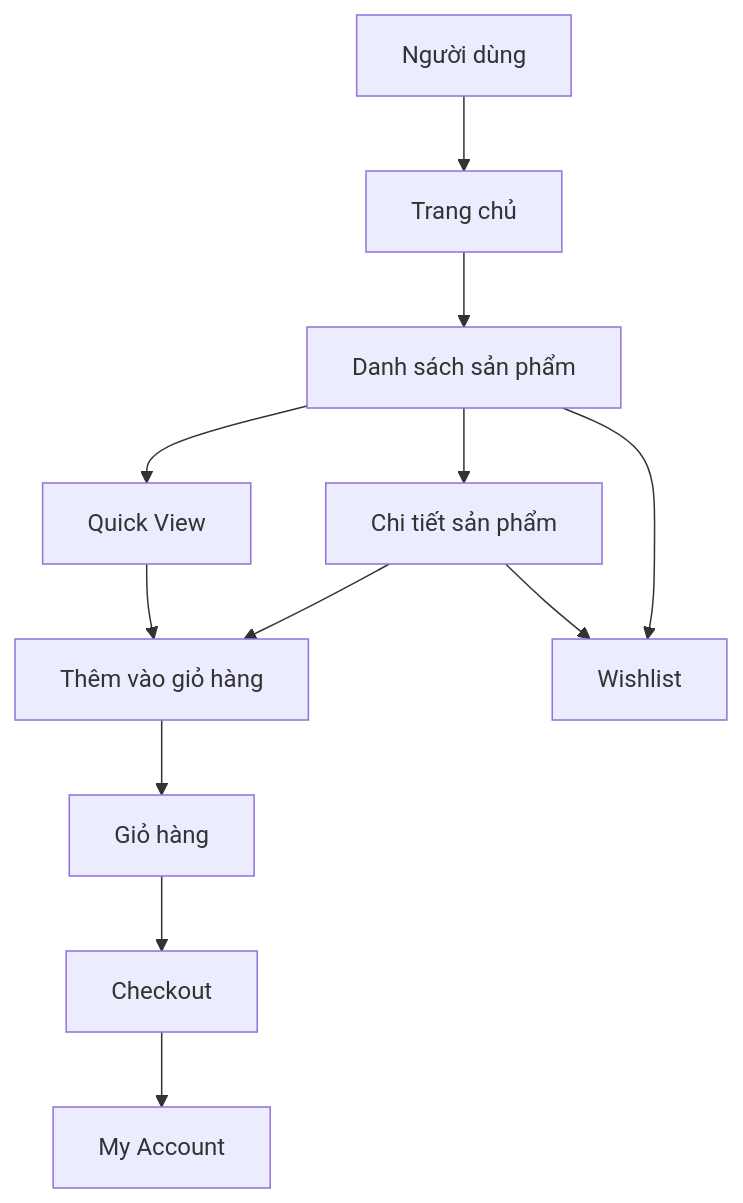
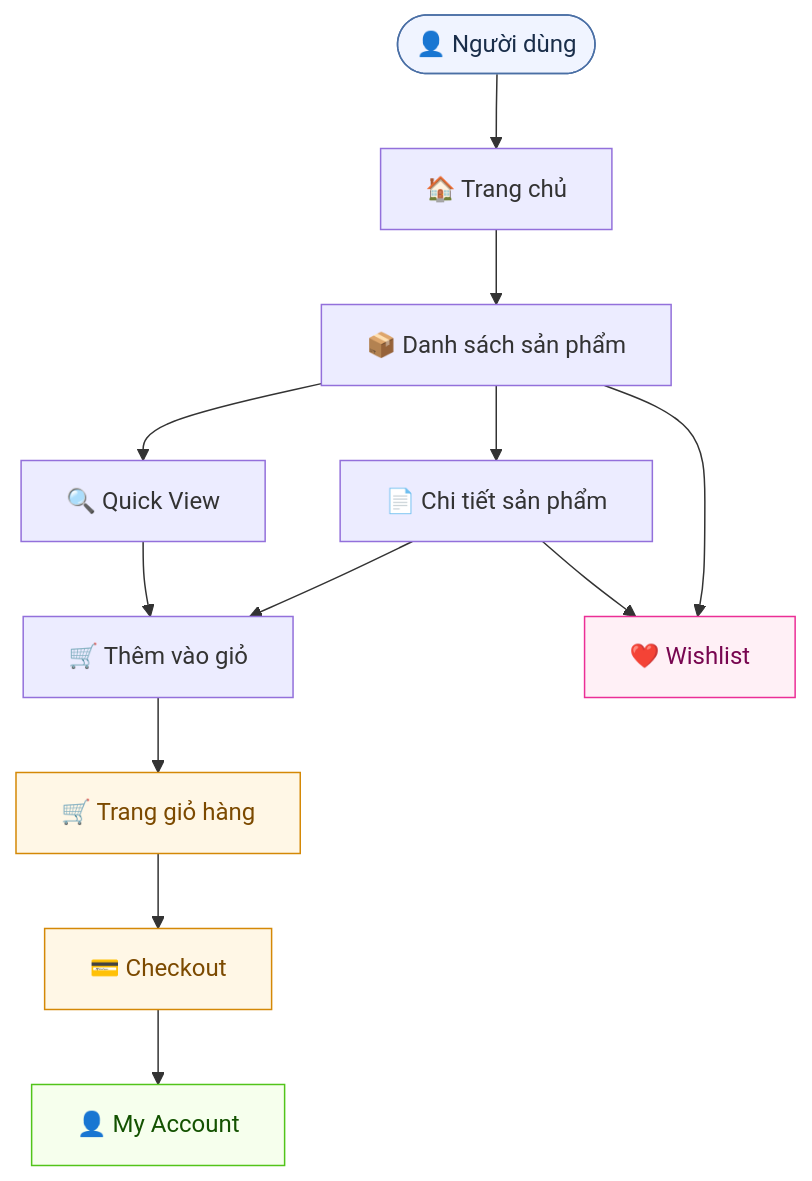
Before and after one commit to NguyenDinhDang/Docs-E-commerce: the first of 10 diagrams in 07-so-do-mermaid.md, drawn with Mermaid. The commit also changed other lines of this file, not shown here.

Commit message:
Update mermaid code

````diff
--- a/07-so-do-mermaid.md
+++ b/07-so-do-mermaid.md
@@ -5,14 +7,25 @@
 ```mermaid
 flowchart TD
-  A[Người dùng] --> B[Trang chủ]
-  B --> C[Danh sách sản phẩm]
-  C --> D[Quick View]
-  C --> E[Chi tiết sản phẩm]
-  E --> F[Thêm vào giỏ hàng]
-  D --> F
-  F --> G[Giỏ hàng]
-  G --> H[Checkout]
-  H --> I[My Account]
-  C --> J[Wishlist]
-  E --> J
+    User([👤 Người dùng])
+
+    User --> Home[🏠 Trang chủ]
+    Home --> Shop[📦 Danh sách sản phẩm]
+
+    Shop --> QV[🔍 Quick View]
+    Shop --> Detail[📄 Chi tiết sản phẩm]
+    Shop --> WL[❤️ Wishlist]
+
+    QV --> Cart[🛒 Thêm vào giỏ]
+    Detail --> Cart
+    Detail --> WL
+
+    Cart --> CartPage[🛒 Trang giỏ hàng]
+    CartPage --> Checkout[💳 Checkout]
+    Checkout --> Account[👤 My Account]
+
+    style User fill:#f0f4ff,stroke:#4a6fa5,color:#1a2e4a
+    style CartPage fill:#fff7e6,stroke:#d48806,color:#7c4a00
+    style Checkout fill:#fff7e6,stroke:#d48806,color:#7c4a00
+    style Account fill:#f6ffed,stroke:#52c41a,color:#135200
+    style WL fill:#fff0f6,stroke:#eb2f96,color:#780650
 ```
````
